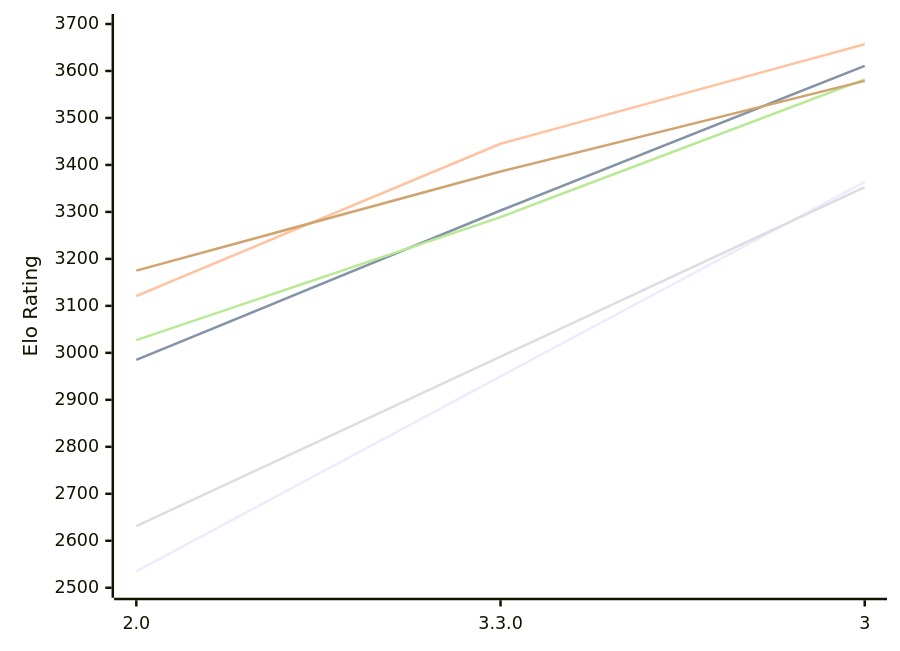
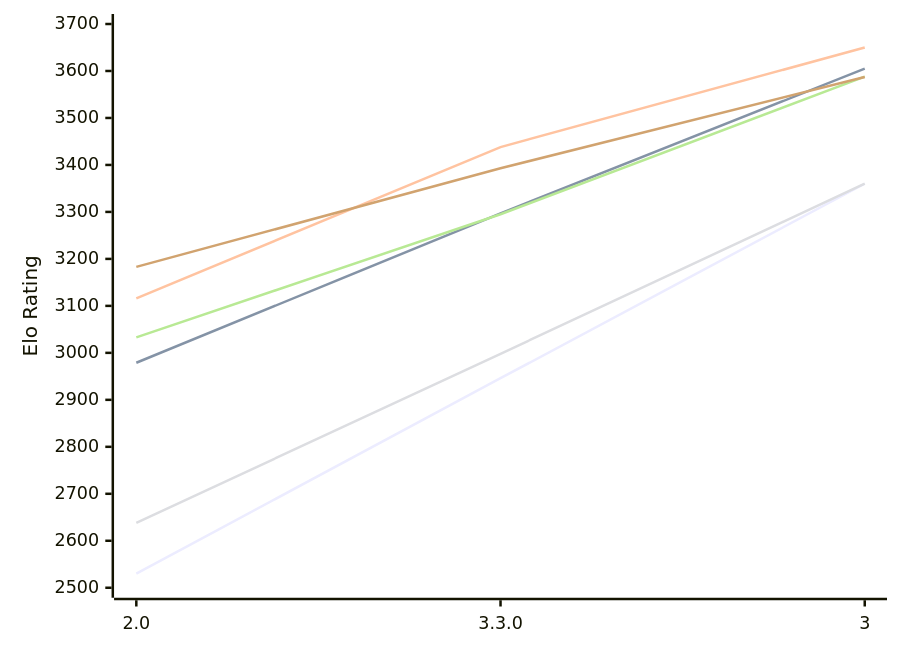
Before and after one commit to computer-chess-index/cci: the diagram in engines/Ravager.md, drawn with Mermaid. The commit also changed other lines of this file, not shown here.

Commit message:
Update CCI Ratings (ELO VLTC) - 2026-11-18

````diff
--- a/engines/Ravager.md
+++ b/engines/Ravager.md
@@ -51,12 +51,12 @@
 ```mermaid
 %%{init: {"theme":"base","themeVariables":{"seriesColors:['#a3a3a3','#222221','#faa371']}}}%%
 xychart-beta
   x-axis ["2.0", "3.3.0", "3"]
   y-axis "Elo Rating" 2500 --> 3700
-  line "E1: STC (8.0+0.08s)" [2535, 2950, 3364]
-  line "E1: LTC (60.0+0.60s)" [2985, 3303, 3611]
-  line "E1: VLTC (2m24s+1.12s)" [3121, 3445, 3657]
-  line "P1: STC (8.0+0.08s)" [2631, 2992, 3353]
-  line "P1: LTC (60.0+0.60s)" [3027, 3289, 3582]
-  line "P1: VLTC (2m24s+1.12s)" [3175, 3386, 3579]
+  line "E1: STC (8.0+0.08s)" [2530, 2946, 3360]
+  line "E1: LTC (60.0+0.60s)" [2979, 3297, 3605]
+  line "E1: VLTC (2m24s+1.12s)" [3116, 3438, 3650]
+  line "P1: STC (8.0+0.08s)" [2638, 2998, 3360]
+  line "P1: LTC (60.0+0.60s)" [3033, 3295, 3588]
+  line "P1: VLTC (2m24s+1.12s)" [3183, 3393, 3587]
 ```
````
